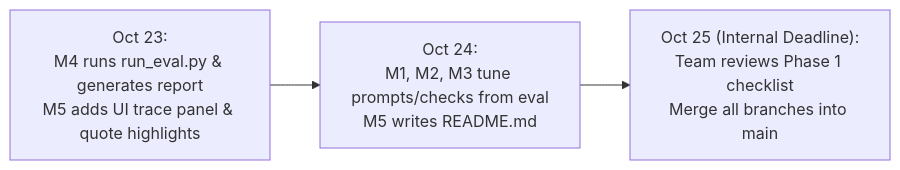
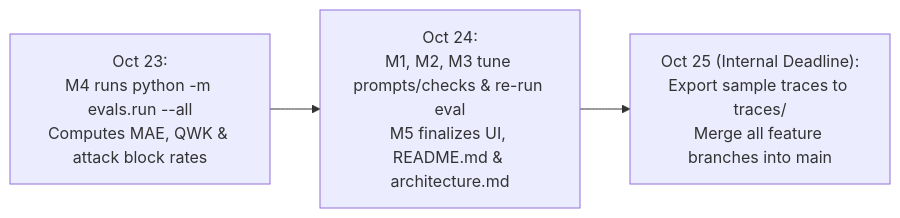
The fifth of 5 diagrams in Phase_1_Process_and_Tasks.md (nguyenlam0909575475-tech/SE373-IELTS-Learning-Agent), drawn with Mermaid before and after one commit. The commit also changed other lines of this file and 48 other files, not shown here.

````diff
--- a/Phase_1_Process_and_Tasks.md
+++ b/Phase_1_Process_and_Tasks.md
@@ -201,5 +328,5 @@
 ```mermaid
 flowchart LR
-    A["Oct 23:<br/>M4 runs run_eval.py & generates report<br/>M5 adds UI trace panel & quote highlights"] --> B["Oct 24:<br/>M1, M2, M3 tune prompts/checks from eval<br/>M5 writes README.md"]
-    B --> C["Oct 25 (Internal Deadline):<br/>Team reviews Phase 1 checklist<br/>Merge all branches into main"]
+    A["Oct 23:<br/>M4 runs python -m evals.run --all<br/>Computes MAE, QWK & attack block rates"] --> B["Oct 24:<br/>M1, M2, M3 tune prompts/checks & re-run eval<br/>M5 finalizes UI, README.md & architecture.md"]
+    B --> C["Oct 25 (Internal Deadline):<br/>Export sample traces to traces/<br/>Merge all feature branches into main"]
 ```
````
